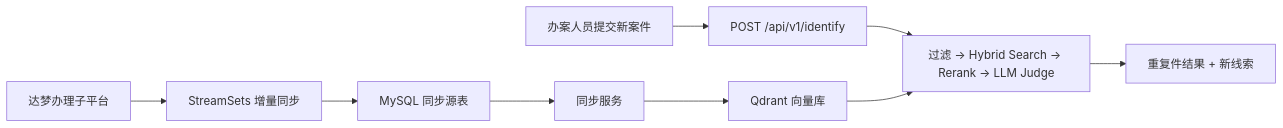
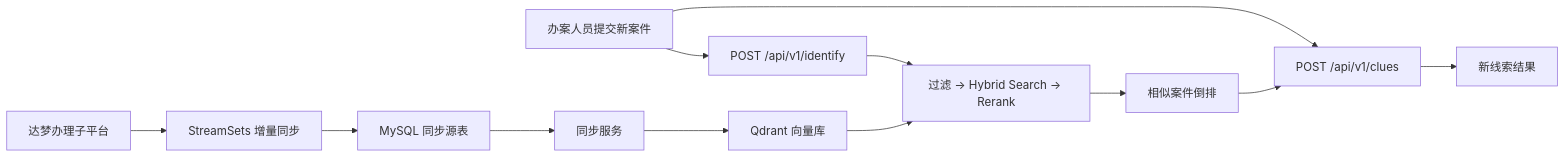
The diagram in README.md (zxtheend/discipline_case_similarity), drawn with Mermaid before and after one commit. The commit also changed other lines of this file and 39 other files, not shown here.

````diff
--- a/README.md
+++ b/README.md
@@ -101,11 +123,14 @@
 ```mermaid
 flowchart LR
     A["达梦办理子平台"] --> B["StreamSets 增量同步"]
     B --> C["MySQL 同步源表"]
     C --> D["同步服务"]
     D --> E["Qdrant 向量库"]
     F["办案人员提交新案件"] --> G["POST /api/v1/identify"]
-    G --> H["过滤 -> Hybrid Search -> Rerank -> LLM Judge"]
+    G --> H["过滤 -> Hybrid Search -> Rerank"]
     E --> H
-    H --> I["重复件结果 + 新线索"]
+    H --> I["相似案件倒排"]
+    F --> J["POST /api/v1/clues"]
+    I --> J
+    J --> K["新线索结果"]
 ```
````
